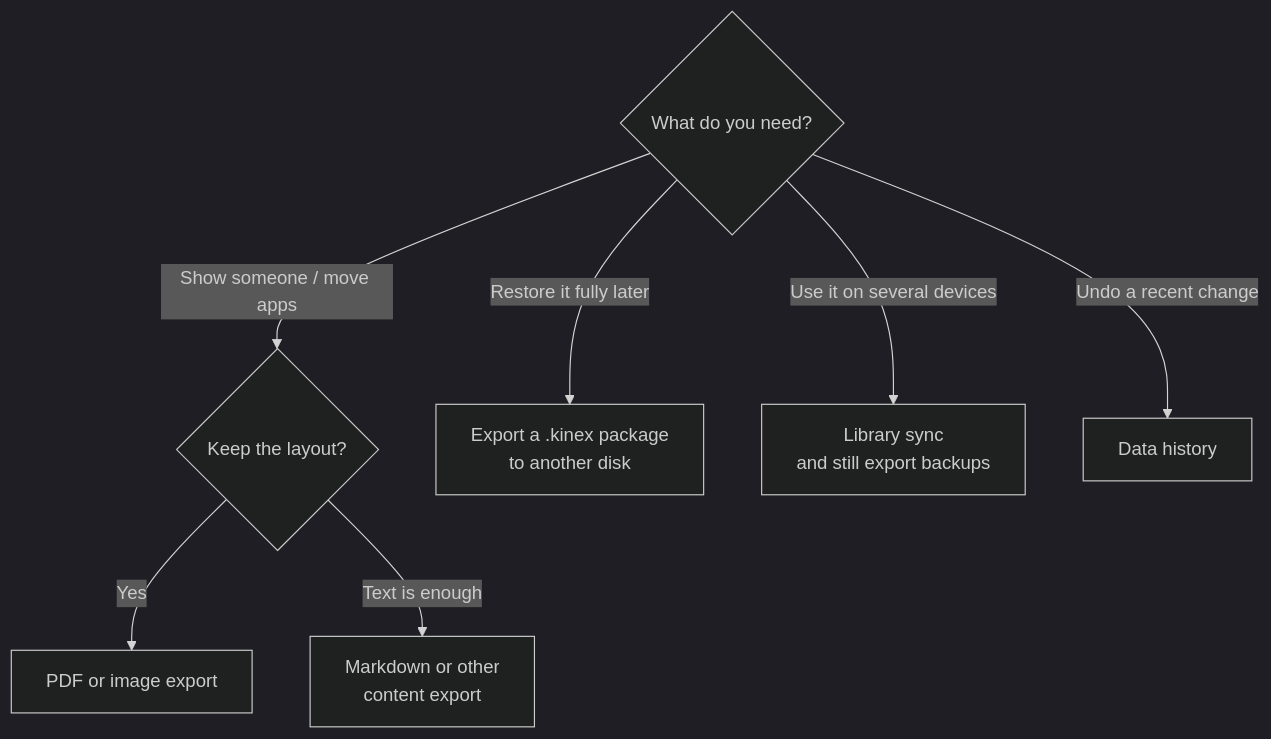
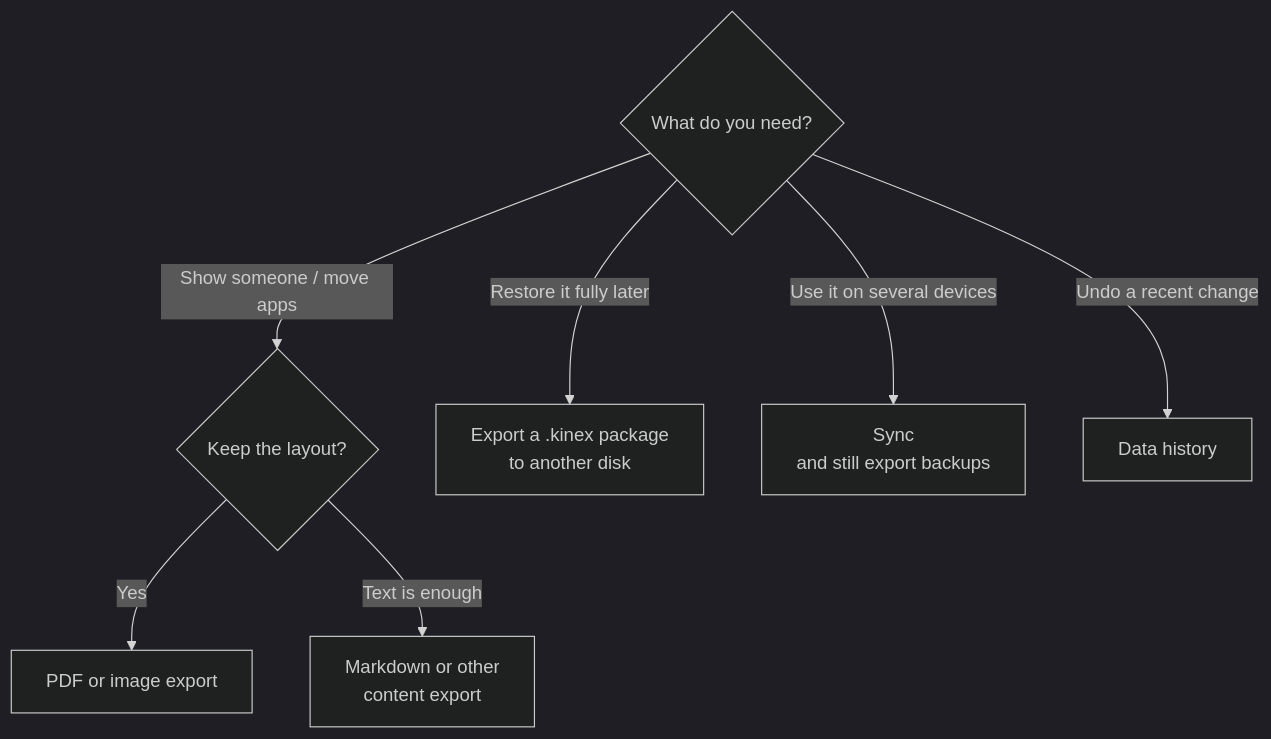
Diagram 18 of 23 in guide/en.md (C21H21NO2S/kinex-site), drawn with Mermaid (dark theme) before and after one commit. The commit also changed other lines of this file and 4 other files, not shown here.

````diff
--- a/guide/en.md
+++ b/guide/en.md
@@ -1086,9 +1147,9 @@
 ```mermaid
 flowchart TD
     A{"What do you need?"} -->|Show someone / move apps| B{"Keep the layout?"}
     B -->|Yes| C["PDF or image export"]
     B -->|Text is enough| D["Markdown or other<br/>content export"]
     A -->|Restore it fully later| E["Export a .kinex package<br/>to another disk"]
-    A -->|Use it on several devices| F["Library sync<br/>and still export backups"]
+    A -->|Use it on several devices| F["Sync<br/>and still export backups"]
     A -->|Undo a recent change| G["Data history"]
 ```
````
